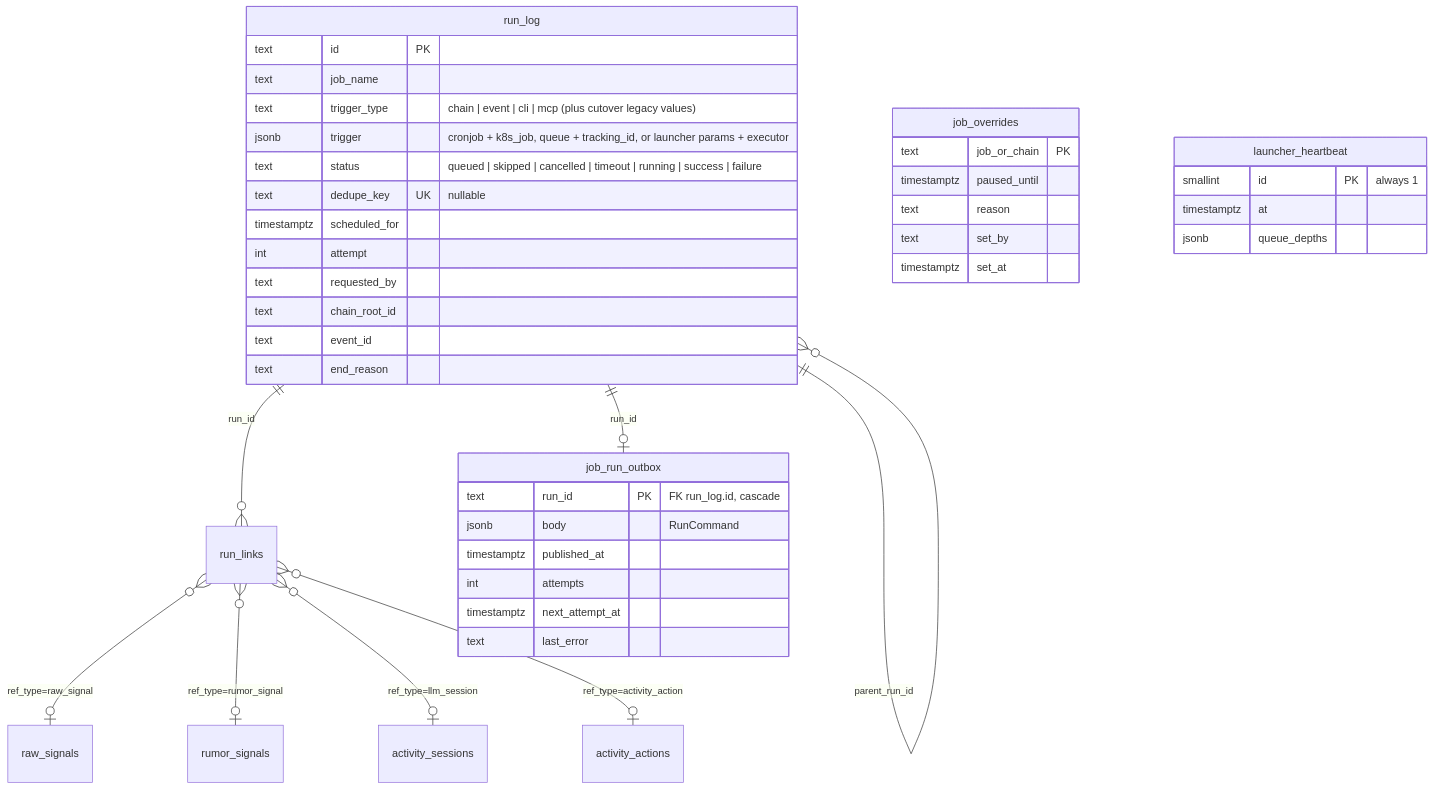
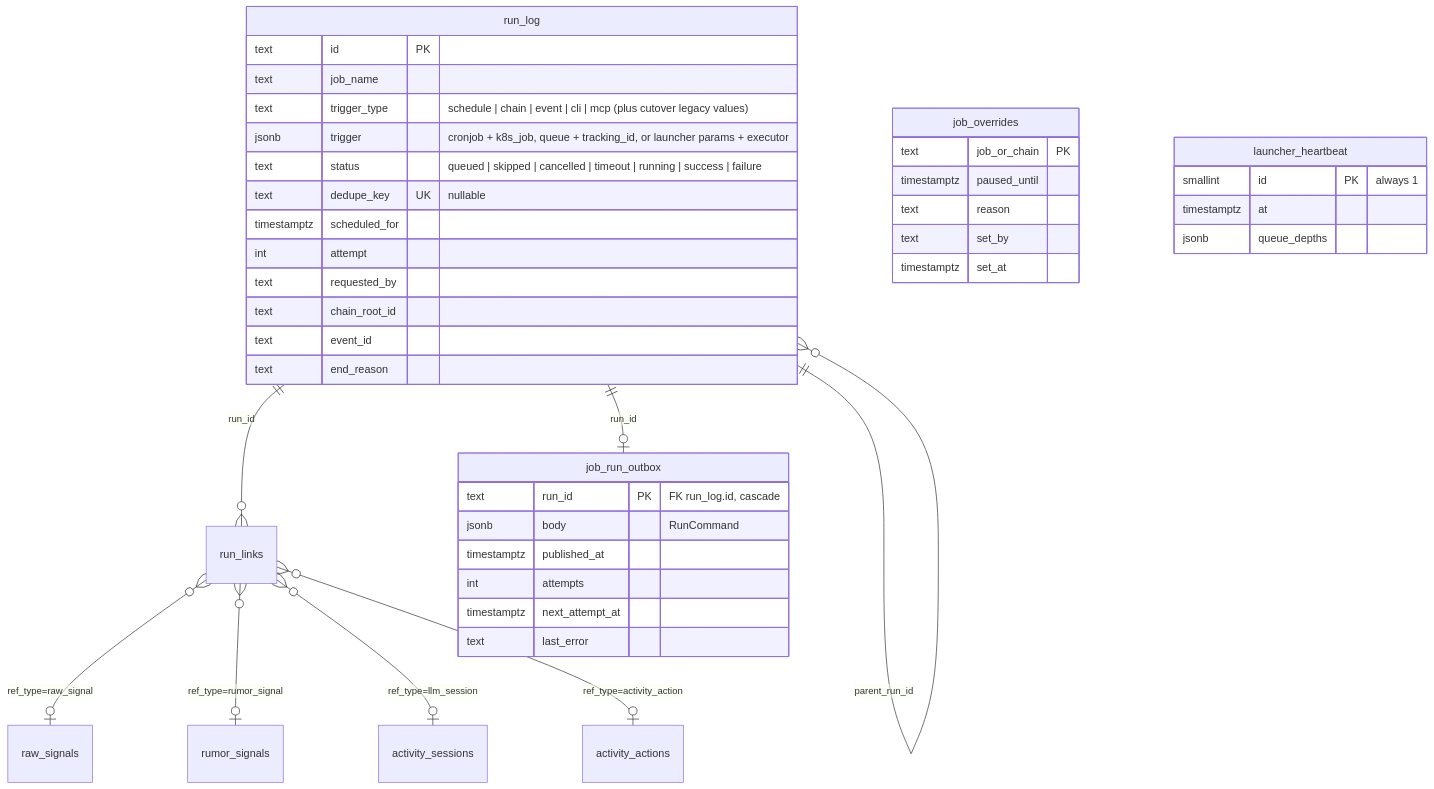
One commit to cvillarr23/fantasy-core-pipeline changed the fifth of 6 diagrams in docs/data-model.md. Above: the diagram before and after it, drawn with Mermaid. The commit also changed other lines of this file and 9 other files, not shown here.

````diff
--- a/docs/data-model.md
+++ b/docs/data-model.md
@@ -113,44 +113,44 @@
 ```mermaid
 erDiagram
     run_log ||--o{ run_links : "run_id"
     run_log ||--o| job_run_outbox : "run_id"
     run_log ||--o{ run_log : "parent_run_id"
     run_links }o--o| raw_signals : "ref_type=raw_signal"
     run_links }o--o| rumor_signals : "ref_type=rumor_signal"
     run_links }o--o| activity_sessions : "ref_type=llm_session"
     run_links }o--o| activity_actions : "ref_type=activity_action"
     run_log {
         text id PK
         text job_name
-        text trigger_type "chain | event | cli | mcp (plus cutover legacy values)"
+        text trigger_type "schedule | chain | event | cli | mcp (plus cutover legacy values)"
         jsonb trigger "cronjob + k8s_job, queue + tracking_id, or launcher params + executor"
         text status "queued | skipped | cancelled | timeout | running | success | failure"
         text dedupe_key UK "nullable"
         timestamptz scheduled_for
         int attempt
         text requested_by
         text chain_root_id
         text event_id
         text end_reason
     }
     job_overrides {
         text job_or_chain PK
         timestamptz paused_until
         text reason
         text set_by
         timestamptz set_at
     }
     job_run_outbox {
         text run_id PK "FK run_log.id, cascade"
         jsonb body "RunCommand"
         timestamptz published_at
         int attempts
         timestamptz next_attempt_at
         text last_error
     }
     launcher_heartbeat {
         smallint id PK "always 1"
         timestamptz at
         jsonb queue_depths
     }
 ```
````
